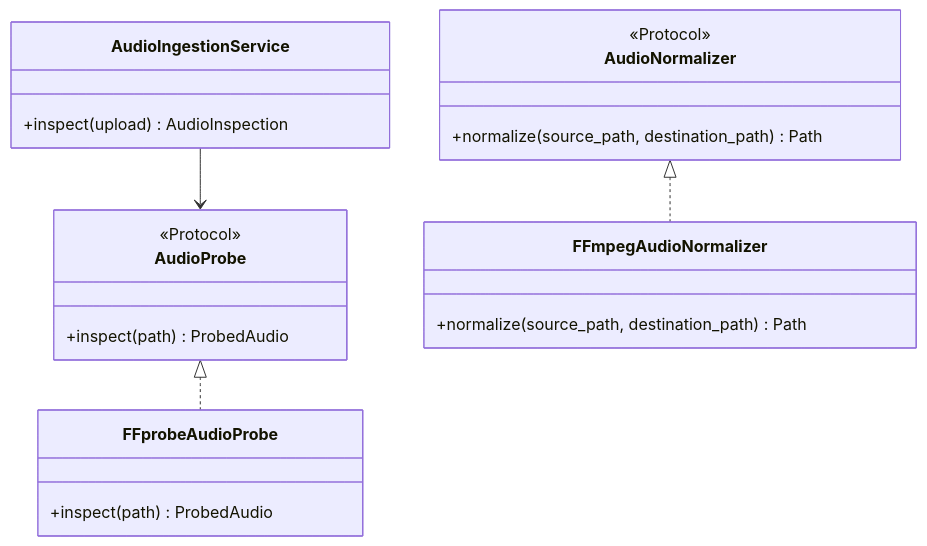
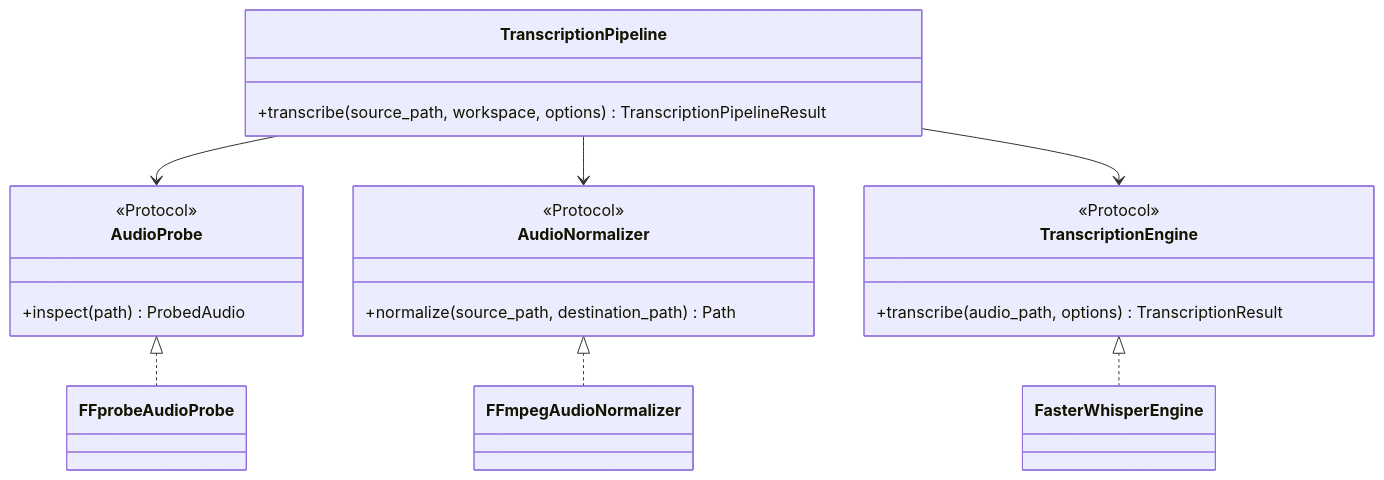
One commit to aizazmahmood/speech-transcription-service changed the third of 5 diagrams in README.md. Above: the diagram before and after it, drawn with Mermaid. The commit also changed other lines of this file and 16 other files, not shown here.

Commit message:
feat: add timestamped transcription pipeline

````diff
--- a/README.md
+++ b/README.md
@@ -86,28 +121,33 @@
 ```mermaid
 classDiagram
     class AudioProbe {
         <<Protocol>>
         +inspect(path) ProbedAudio
     }
 
     class AudioNormalizer {
         <<Protocol>>
         +normalize(source_path, destination_path) Path
     }
 
-    class AudioIngestionService {
-        +inspect(upload) AudioInspection
+    class TranscriptionEngine {
+        <<Protocol>>
+        +transcribe(audio_path, options) TranscriptionResult
     }
 
-    class FFprobeAudioProbe {
-        +inspect(path) ProbedAudio
+    class TranscriptionPipeline {
+        +transcribe(source_path, workspace, options) TranscriptionPipelineResult
     }
 
-    class FFmpegAudioNormalizer {
-        +normalize(source_path, destination_path) Path
-    }
+    class FFprobeAudioProbe
+    class FFmpegAudioNormalizer
+    class FasterWhisperEngine
 
     AudioProbe <|.. FFprobeAudioProbe
     AudioNormalizer <|.. FFmpegAudioNormalizer
-    AudioIngestionService --> AudioProbe
+    TranscriptionEngine <|.. FasterWhisperEngine
+
+    TranscriptionPipeline --> AudioProbe
+    TranscriptionPipeline --> AudioNormalizer
+    TranscriptionPipeline --> TranscriptionEngine
 ```
````
